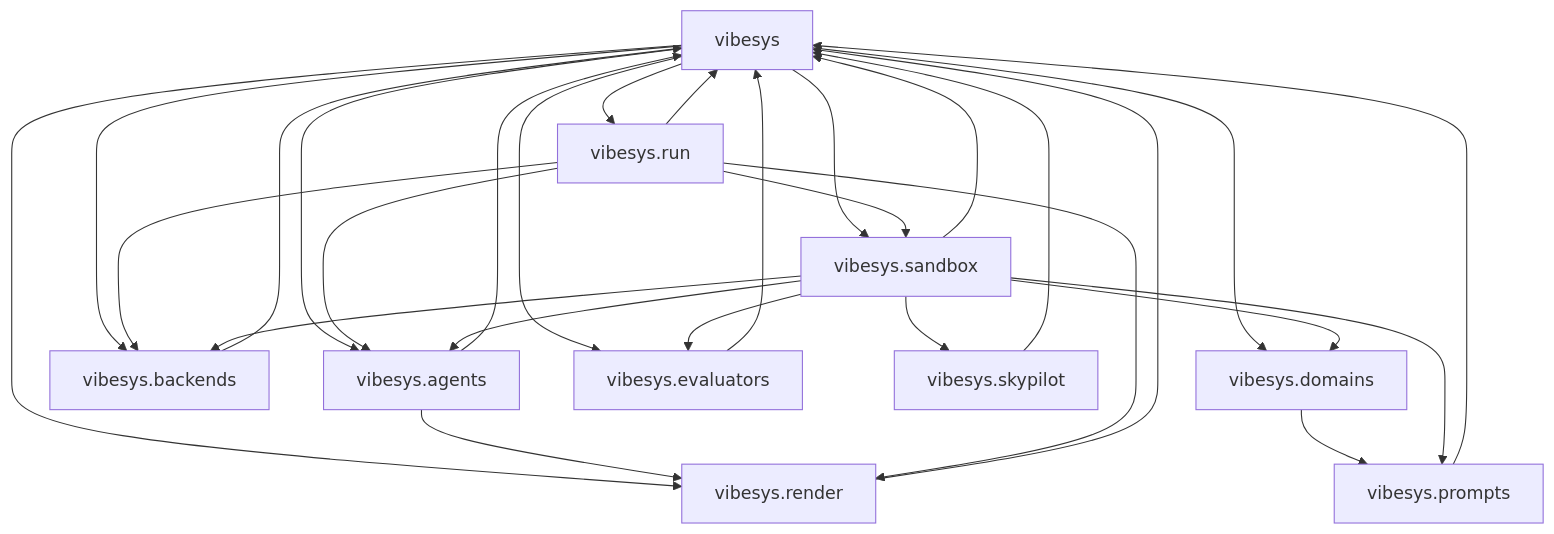
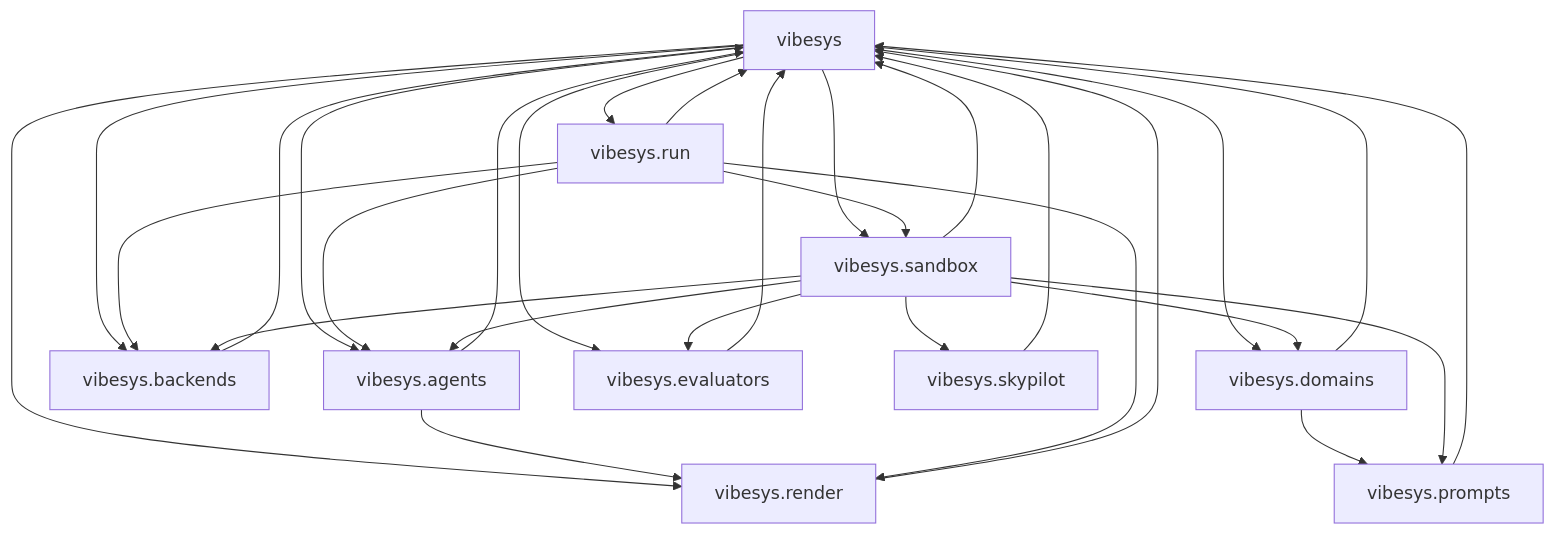
Before and after one commit to AyanBinRafaih/vibe-serve: the second of 3 diagrams in docs/contributing/architecture.md, drawn with Mermaid. The commit also changed other lines of this file and 31 other files, not shown here.

````diff
--- a/docs/contributing/architecture.md
+++ b/docs/contributing/architecture.md
@@ -49,30 +49,31 @@
 ```mermaid
 graph TD
     vibesys --> vibesys.agents
     vibesys --> vibesys.backends
     vibesys --> vibesys.domains
     vibesys --> vibesys.evaluators
     vibesys --> vibesys.render
     vibesys --> vibesys.run
     vibesys --> vibesys.sandbox
     vibesys.agents --> vibesys
     vibesys.agents --> vibesys.render
     vibesys.backends --> vibesys
+    vibesys.domains --> vibesys
     vibesys.domains --> vibesys.prompts
     vibesys.evaluators --> vibesys
     vibesys.prompts --> vibesys
     vibesys.render --> vibesys
     vibesys.run --> vibesys
     vibesys.run --> vibesys.agents
     vibesys.run --> vibesys.backends
     vibesys.run --> vibesys.render
     vibesys.run --> vibesys.sandbox
     vibesys.sandbox --> vibesys
     vibesys.sandbox --> vibesys.agents
     vibesys.sandbox --> vibesys.backends
     vibesys.sandbox --> vibesys.domains
     vibesys.sandbox --> vibesys.evaluators
     vibesys.sandbox --> vibesys.prompts
     vibesys.sandbox --> vibesys.skypilot
     vibesys.skypilot --> vibesys
 ```
````
